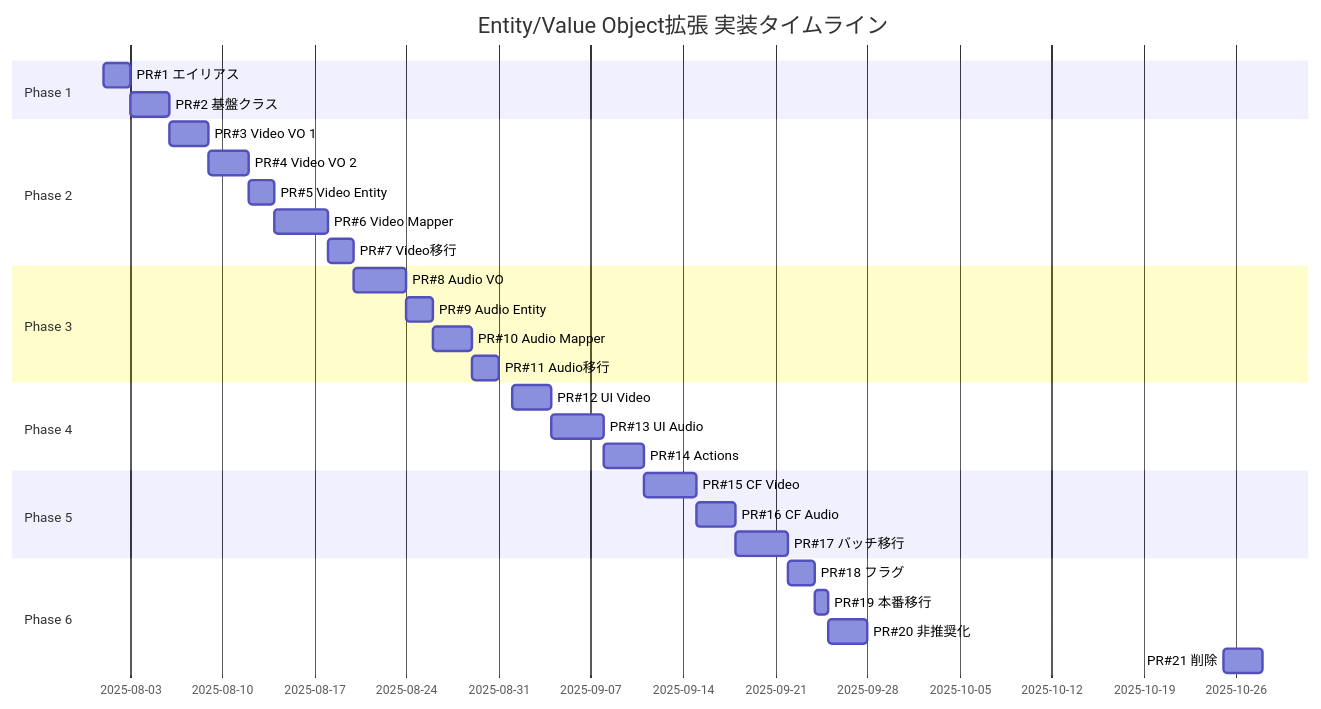
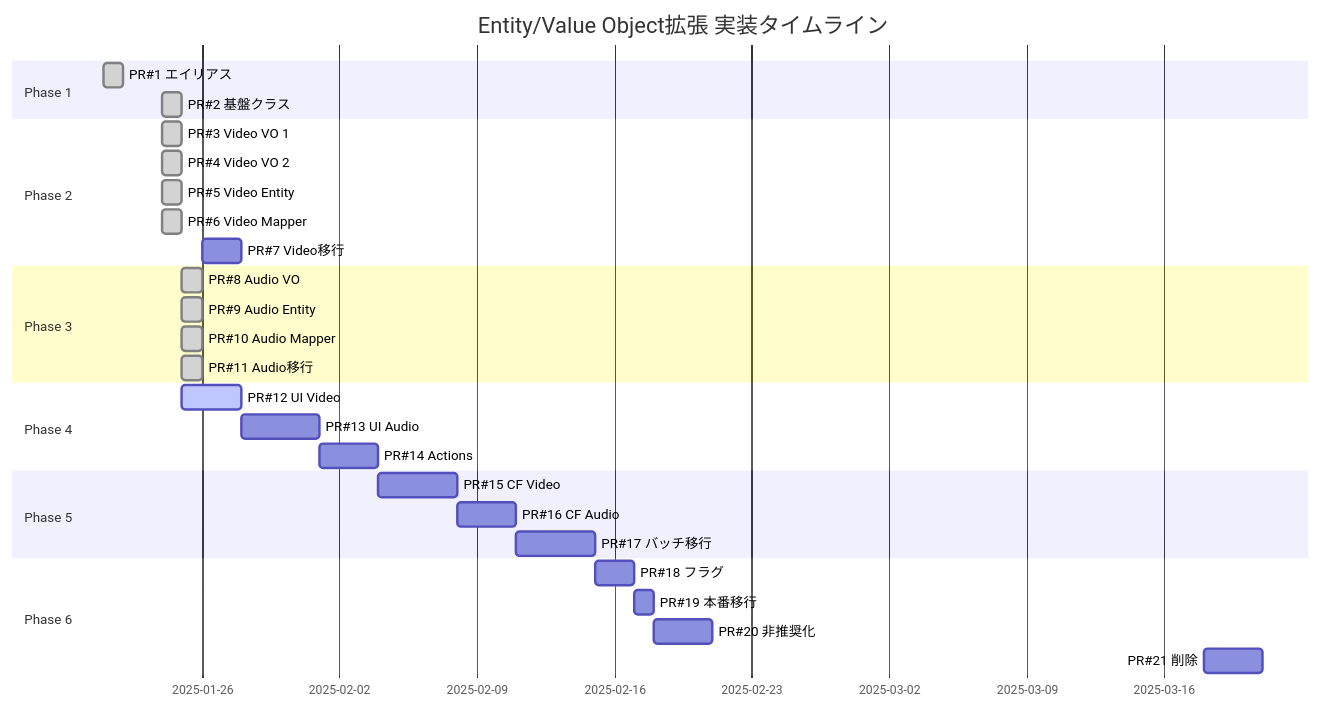
The diagram in docs/ENTITY_VALUE_OBJECT_PR_BREAKDOWN.md (nothink-jp/suzumina.click), drawn with Mermaid before and after one commit. The commit also changed other lines of this file, not shown here.

First line of the commit message:
docs: update Entity/Value Object PR breakdown with actual PR numbers

````diff
--- a/docs/ENTITY_VALUE_OBJECT_PR_BREAKDOWN.md
+++ b/docs/ENTITY_VALUE_OBJECT_PR_BREAKDOWN.md
@@ -370,37 +402,37 @@
 ```mermaid
 gantt
     title Entity/Value Object拡張 実装タイムライン
     dateFormat YYYY-MM-DD
     section Phase 1
-    PR#1 エイリアス     :2025-08-01, 2d
-    PR#2 基盤クラス     :2025-08-03, 3d
+    PR#1 エイリアス     :done, 2025-01-21, 1d
+    PR#2 基盤クラス     :done, 2025-01-24, 1d
     
     section Phase 2
-    PR#3 Video VO 1     :2025-08-06, 3d
-    PR#4 Video VO 2     :2025-08-09, 3d
-    PR#5 Video Entity   :2025-08-12, 2d
-    PR#6 Video Mapper   :2025-08-14, 4d
-    PR#7 Video移行      :2025-08-18, 2d
+    PR#3 Video VO 1     :done, 2025-01-24, 1d
+    PR#4 Video VO 2     :done, 2025-01-24, 1d
+    PR#5 Video Entity   :done, 2025-01-24, 1d
+    PR#6 Video Mapper   :done, 2025-01-24, 1d
+    PR#7 Video移行      :2025-01-26, 2d
     
     section Phase 3
-    PR#8 Audio VO       :2025-08-20, 4d
-    PR#9 Audio Entity   :2025-08-24, 2d
-    PR#10 Audio Mapper  :2025-08-26, 3d
-    PR#11 Audio移行     :2025-08-29, 2d
+    PR#8 Audio VO       :done, 2025-01-25, 1d
+    PR#9 Audio Entity   :done, 2025-01-25, 1d
+    PR#10 Audio Mapper  :done, 2025-01-25, 1d
+    PR#11 Audio移行     :done, 2025-01-25, 1d
     
     section Phase 4
-    PR#12 UI Video      :2025-09-01, 3d
-    PR#13 UI Audio      :2025-09-04, 4d
-    PR#14 Actions       :2025-09-08, 3d
+    PR#12 UI Video      :active, 2025-01-25, 3d
+    PR#13 UI Audio      :2025-01-28, 4d
+    PR#14 Actions       :2025-02-01, 3d
     
     section Phase 5
-    PR#15 CF Video      :2025-09-11, 4d
-    PR#16 CF Audio      :2025-09-15, 3d
-    PR#17 バッチ移行    :2025-09-18, 4d
+    PR#15 CF Video      :2025-02-04, 4d
+    PR#16 CF Audio      :2025-02-08, 3d
+    PR#17 バッチ移行    :2025-02-11, 4d
     
     section Phase 6
-    PR#18 フラグ        :2025-09-22, 2d
-    PR#19 本番移行      :2025-09-24, 1d
-    PR#20 非推奨化      :2025-09-25, 3d
-    PR#21 削除          :2025-10-25, 3d
+    PR#18 フラグ        :2025-02-15, 2d
+    PR#19 本番移行      :2025-02-17, 1d
+    PR#20 非推奨化      :2025-02-18, 3d
+    PR#21 削除          :2025-03-18, 3d
 ```
````
